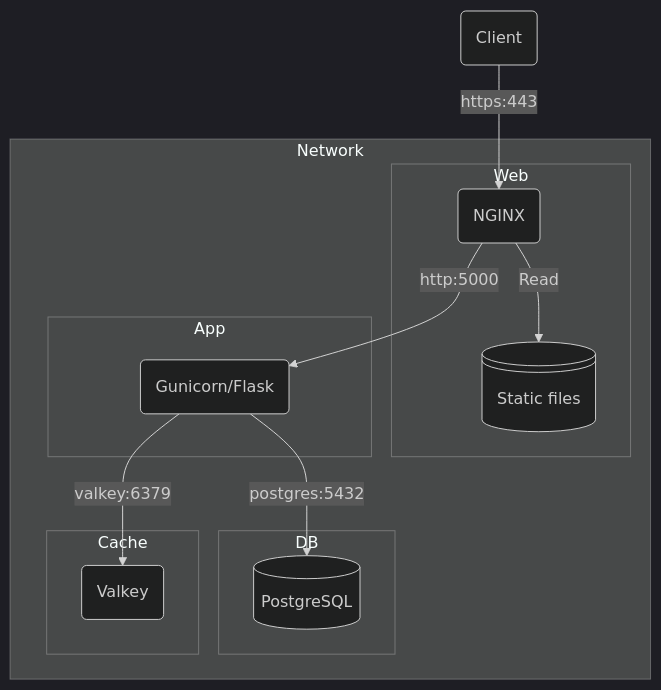
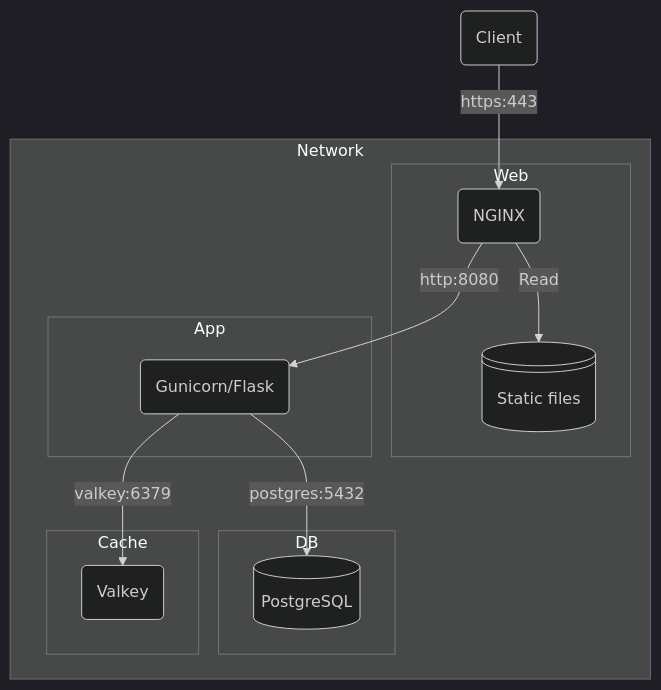
One commit to matthew-shaw/conflux changed the second of 3 diagrams in README.md. Above: the diagram before and after it, drawn with Mermaid (dark theme). The commit also changed 3 other files, not shown here.

````diff
--- a/README.md
+++ b/README.md
@@ -103,30 +103,30 @@
 ```mermaid
 flowchart TB
     valkey(Valkey)
     client(Client)
     nginx(NGINX)
     flask(Gunicorn/Flask)
     static@{ shape: lin-cyl, label: "Static files" }
     db@{ shape: cyl, label: "PostgreSQL" }
 
-    client -- https:443 --> nginx -- http:5000 --> flask -- postgres:5432 --> db
+    client -- https:443 --> nginx -- http:8080 --> flask -- postgres:5432 --> db
     flask -- valkey:6379 --> valkey
 
     subgraph Network
         subgraph Web
             nginx -- Read --> static
         end
 
         subgraph App
             flask
         end
 
         subgraph DB
             db
         end
 
         subgraph Cache
             valkey
         end
     end
 ```
````
